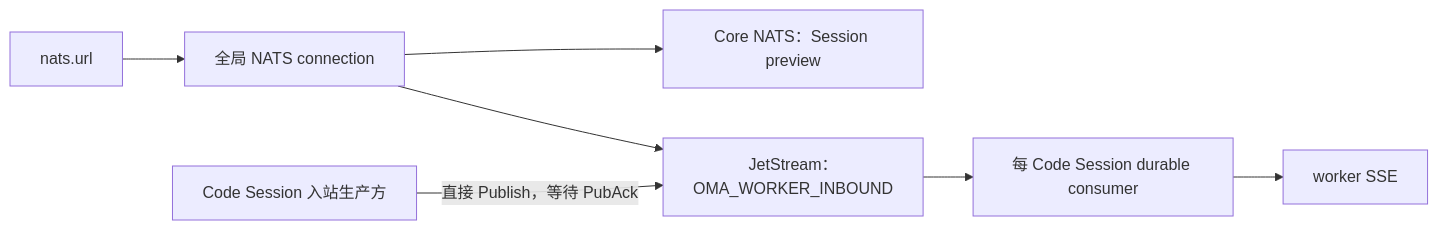
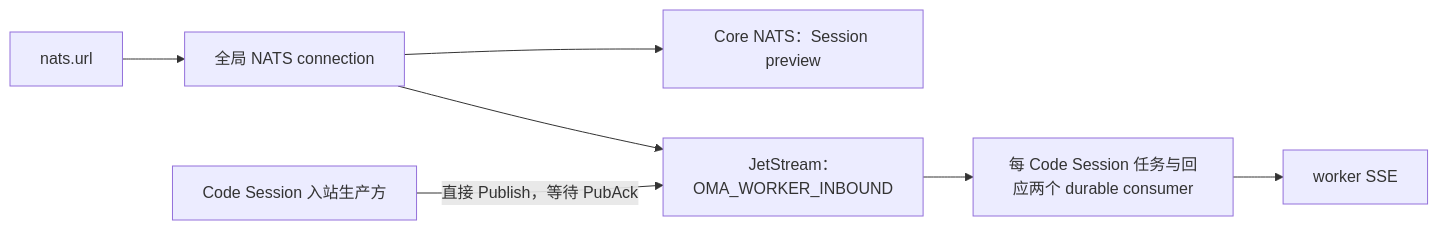
One commit to superduck-ai/open-managed-agents changed the diagram in docs/design/be/nats-messaging-foundation.md. Above: the diagram before and after it, drawn with Mermaid. The commit also changed other lines of this file and 9 other files, not shown here.

````diff
--- a/docs/design/be/nats-messaging-foundation.md
+++ b/docs/design/be/nats-messaging-foundation.md
@@ -9,9 +9,9 @@
 ```mermaid
 flowchart LR
     Config["nats.url"] --> Client["全局 NATS connection"]
     Client --> Core["Core NATS：Session preview"]
     Client --> JS["JetStream：OMA_WORKER_INBOUND"]
     Producer["Code Session 入站生产方"] -->|直接 Publish，等待 PubAck| JS
-    JS --> Durable["每 Code Session durable consumer"]
+    JS --> Durable["每 Code Session 任务与回应两个 durable consumer"]
     Durable --> Worker["worker SSE"]
 ```
````
